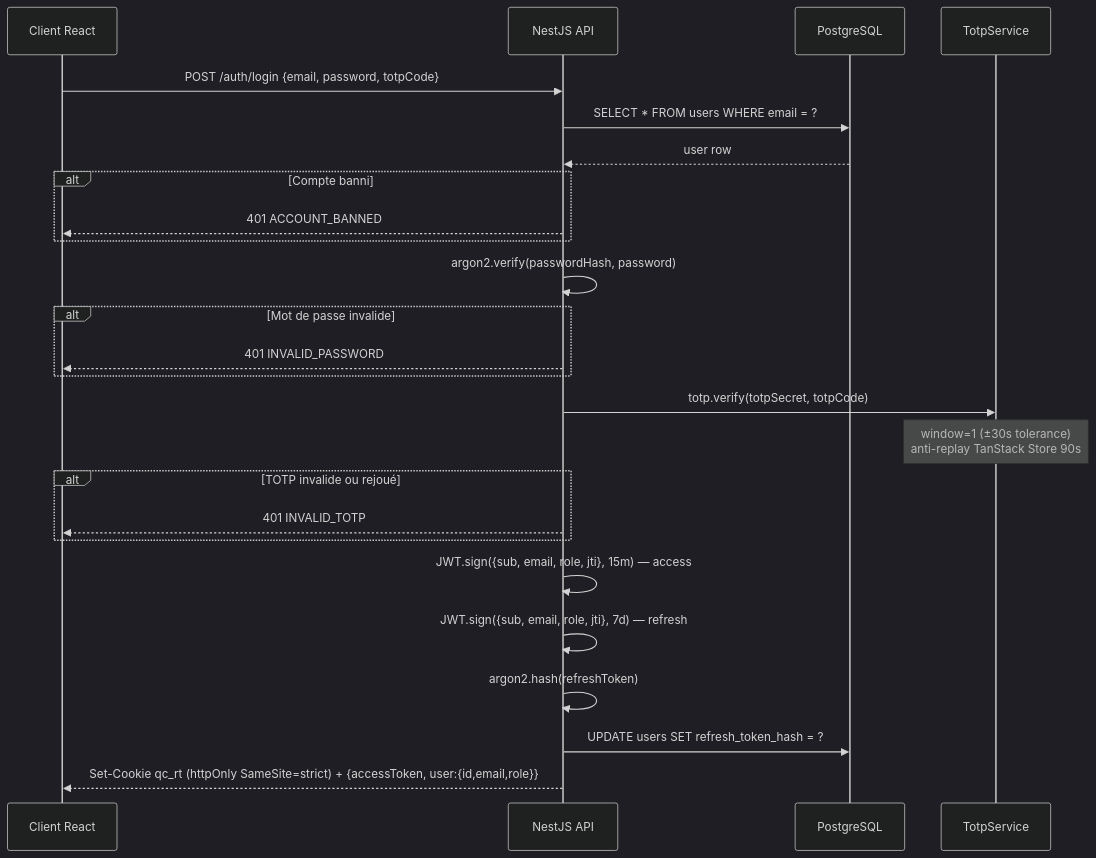
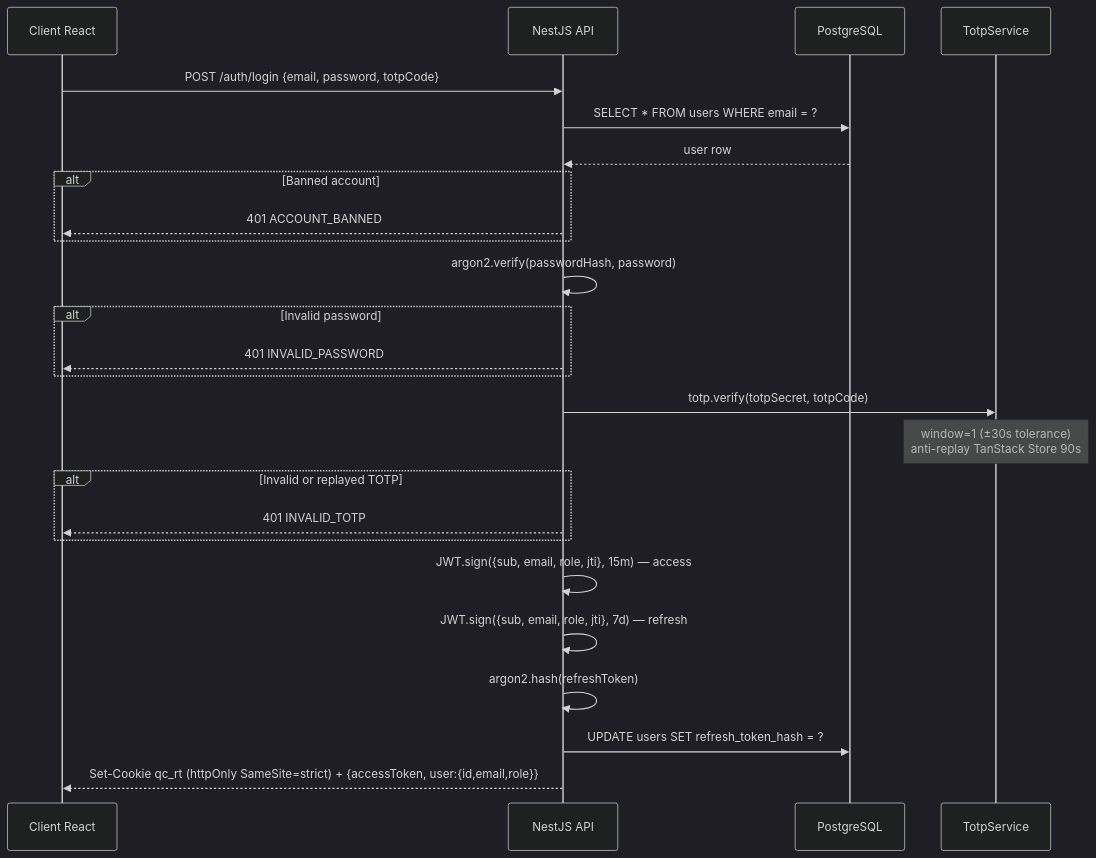
Before and after one commit to creibaud/QuartierConnect: the fourth of 21 diagrams in docs/ARCHITECTURE.md, drawn with Mermaid (dark theme). The commit also changed other lines of this file and 155 other files, not shown here.

````diff
--- a/docs/ARCHITECTURE.md
+++ b/docs/ARCHITECTURE.md
@@ -164,32 +166,32 @@
 ```mermaid
 sequenceDiagram
     participant C as Client React
     participant API as NestJS API
     participant PG as PostgreSQL
     participant TS as TotpService
 
     C->>API: POST /auth/login {email, password, totpCode}
     API->>PG: SELECT * FROM users WHERE email = ?
     PG-->>API: user row
 
-    alt Compte banni
+    alt Banned account
         API-->>C: 401 ACCOUNT_BANNED
     end
 
     API->>API: argon2.verify(passwordHash, password)
-    alt Mot de passe invalide
+    alt Invalid password
         API-->>C: 401 INVALID_PASSWORD
     end
 
     API->>TS: totp.verify(totpSecret, totpCode)
     Note over TS: window=1 (±30s tolerance)<br/>anti-replay TanStack Store 90s
-    alt TOTP invalide ou rejoué
+    alt Invalid or replayed TOTP
         API-->>C: 401 INVALID_TOTP
     end
 
     API->>API: JWT.sign({sub, email, role, jti}, 15m) — access
     API->>API: JWT.sign({sub, email, role, jti}, 7d) — refresh
     API->>API: argon2.hash(refreshToken)
     API->>PG: UPDATE users SET refresh_token_hash = ?
     API-->>C: Set-Cookie qc_rt (httpOnly SameSite=strict) + {accessToken, user:{id,email,role}}
 ```
````
